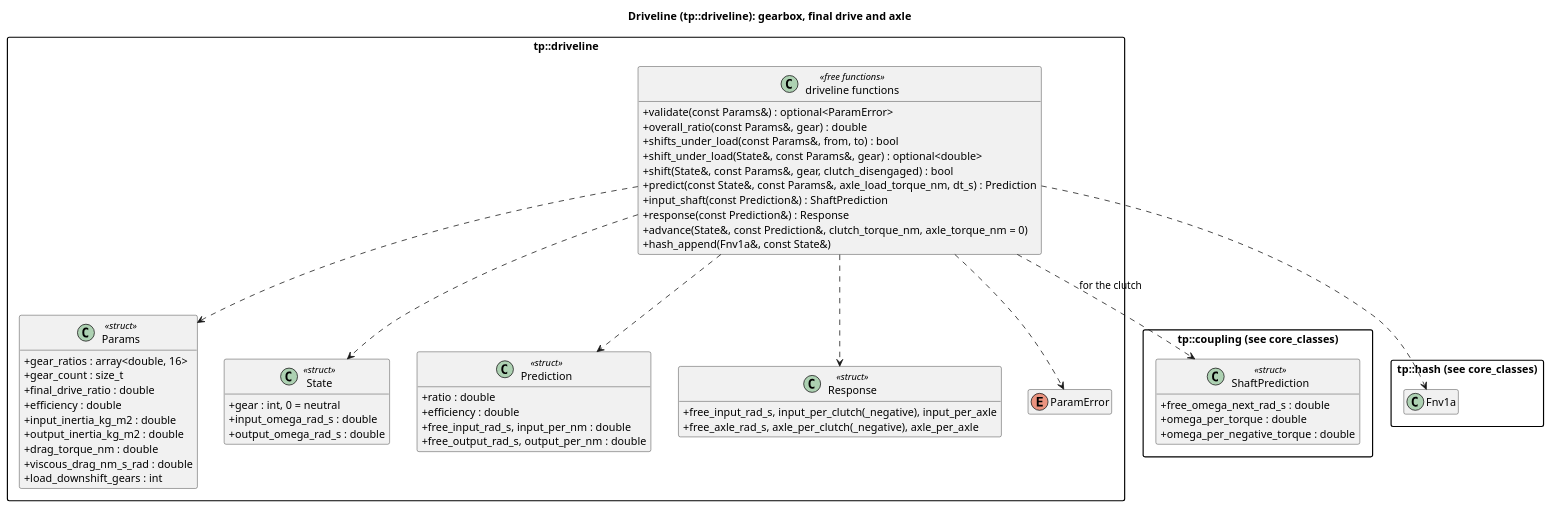
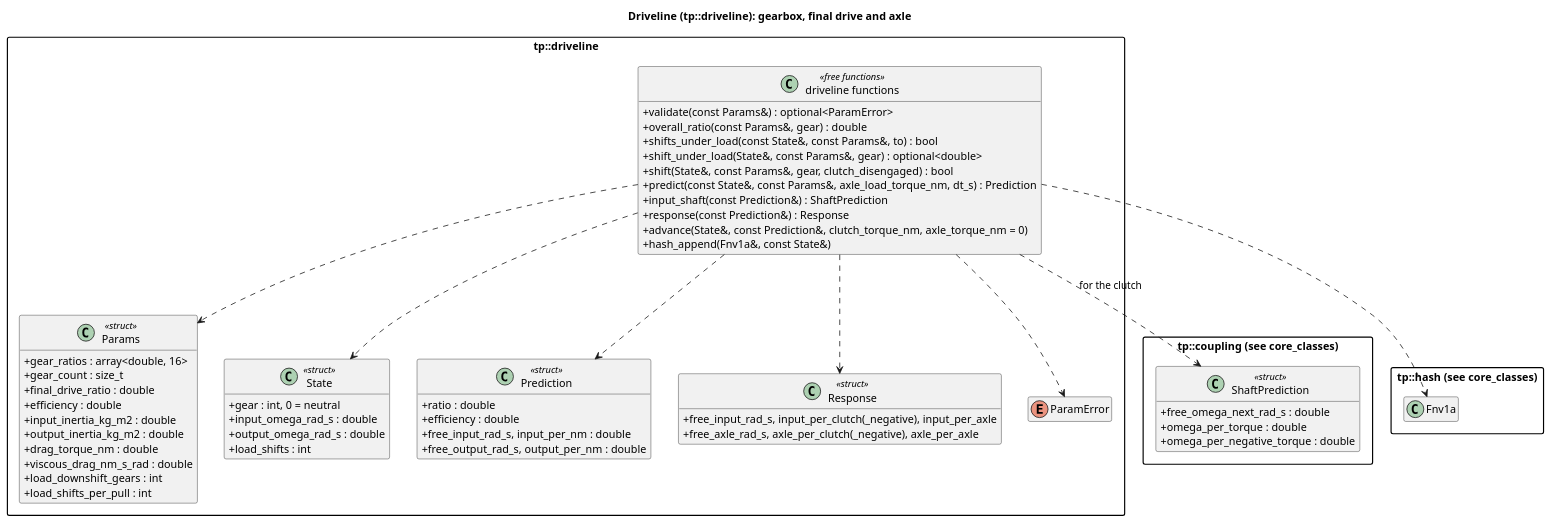
One commit to wversteeg/TractorPulling changed the diagram in docs/diagrams/driveline_classes.puml. Above: the diagram before and after it, drawn with PlantUML. The commit also changed 42 other files, not shown here.

First line of the commit message:
Motion sensors on, one load shift a pull, rivals shift down

```diff
--- a/docs/diagrams/driveline_classes.puml
+++ b/docs/diagrams/driveline_classes.puml
@@ -1,66 +1,68 @@
 @startuml driveline_classes
 title Driveline (tp::driveline): gearbox, final drive and axle
 hide empty members
 skinparam packageStyle rectangle
 skinparam classAttributeIconSize 0
 
 package "tp::coupling (see core_classes)" {
   class ShaftPrediction <<struct>> {
     +free_omega_next_rad_s : double
     +omega_per_torque : double
     +omega_per_negative_torque : double
   }
 }
 package "tp::hash (see core_classes)" {
   class Fnv1a
 }
 
 package "tp::driveline" {
   class Params <<struct>> {
     +gear_ratios : array<double, 16>
     +gear_count : size_t
     +final_drive_ratio : double
     +efficiency : double
     +input_inertia_kg_m2 : double
     +output_inertia_kg_m2 : double
     +drag_torque_nm : double
     +viscous_drag_nm_s_rad : double
     +load_downshift_gears : int
+    +load_shifts_per_pull : int
   }
   class State <<struct>> {
     +gear : int, 0 = neutral
     +input_omega_rad_s : double
     +output_omega_rad_s : double
+    +load_shifts : int
   }
   class Prediction <<struct>> {
     +ratio : double
     +efficiency : double
     +free_input_rad_s, input_per_nm : double
     +free_output_rad_s, output_per_nm : double
   }
   class Response <<struct>> {
     +free_input_rad_s, input_per_clutch(_negative), input_per_axle
     +free_axle_rad_s, axle_per_clutch(_negative), axle_per_axle
   }
   enum ParamError
   class "driveline functions" as DrivelineFns <<free functions>> {
     +validate(const Params&) : optional<ParamError>
     +overall_ratio(const Params&, gear) : double
-    +shifts_under_load(const Params&, from, to) : bool
+    +shifts_under_load(const State&, const Params&, to) : bool
     +shift_under_load(State&, const Params&, gear) : optional<double>
     +shift(State&, const Params&, gear, clutch_disengaged) : bool
     +predict(const State&, const Params&, axle_load_torque_nm, dt_s) : Prediction
     +input_shaft(const Prediction&) : ShaftPrediction
     +response(const Prediction&) : Response
     +advance(State&, const Prediction&, clutch_torque_nm, axle_torque_nm = 0)
     +hash_append(Fnv1a&, const State&)
   }
   DrivelineFns ..> Params
   DrivelineFns ..> State
   DrivelineFns ..> Prediction
   DrivelineFns ..> Response
   DrivelineFns ..> ParamError
 }
 DrivelineFns ..> ShaftPrediction : for the clutch
 DrivelineFns ..> Fnv1a
 @enduml
```
